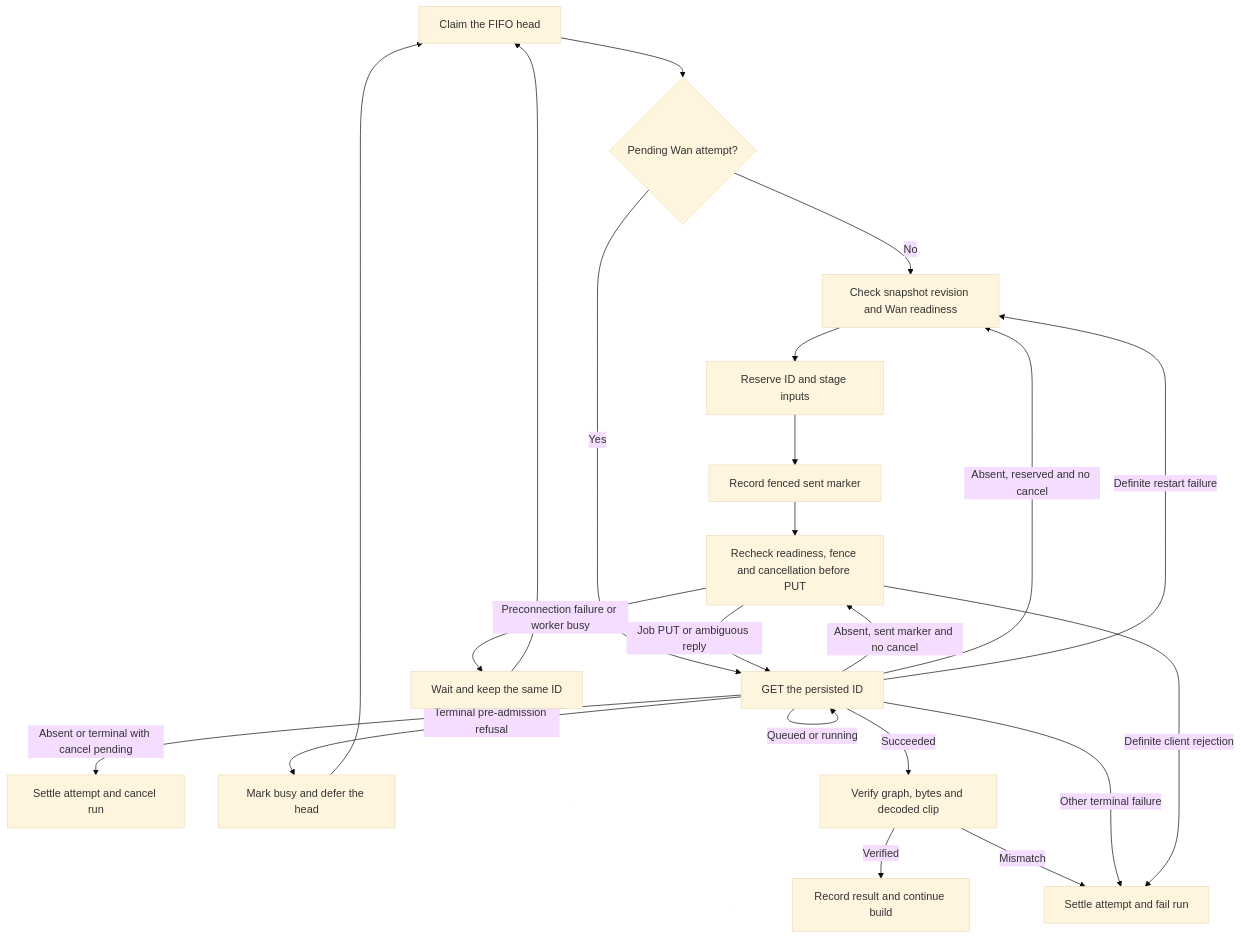
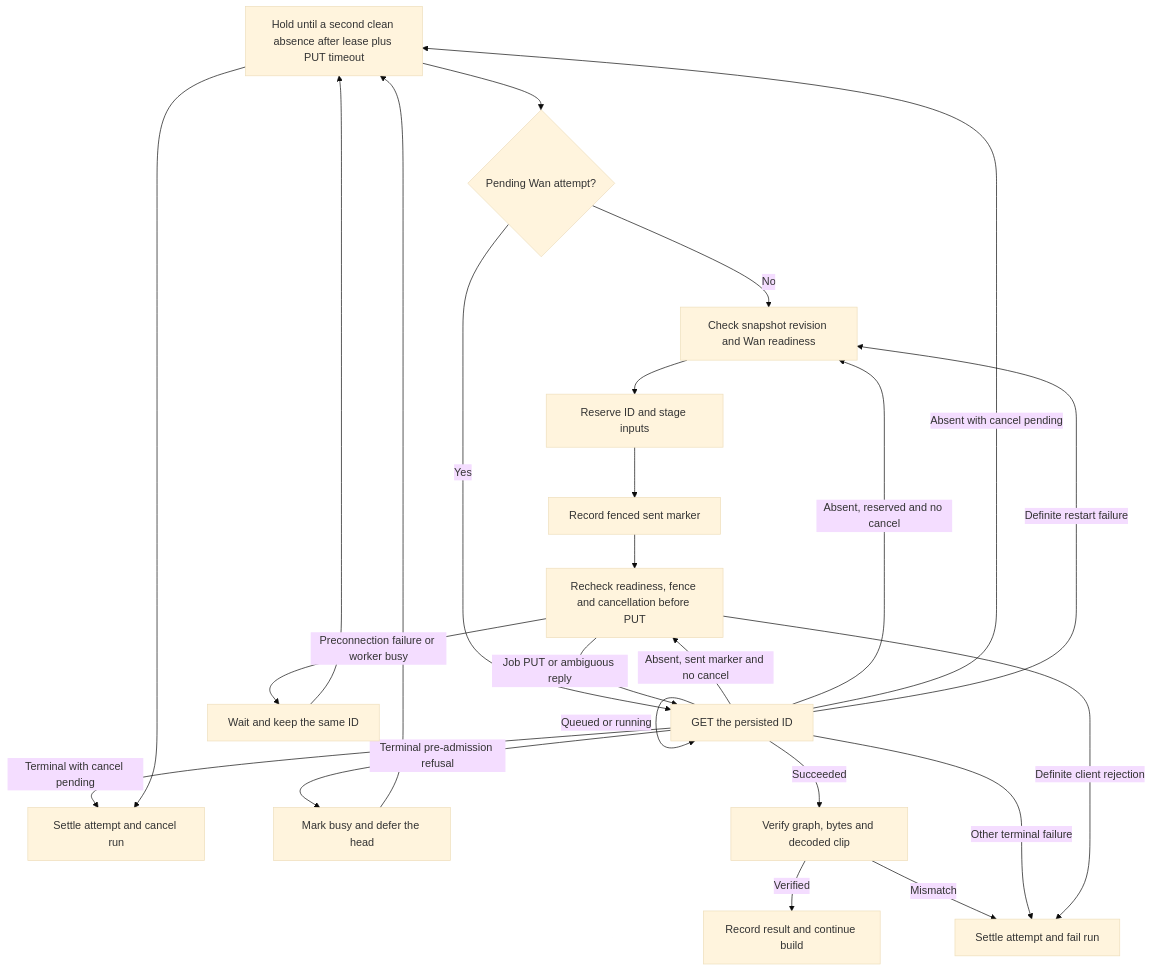
One commit to thaynes43/haynes-studio changed the second of 2 diagrams in docs/reference/run-queue.md. Above: the diagram before and after it, drawn with Mermaid (base theme). The commit also changed other lines of this file and 14 other files, not shown here.

````diff
--- a/docs/reference/run-queue.md
+++ b/docs/reference/run-queue.md
@@ -118,24 +123,26 @@
 ```mermaid
 flowchart TD
     A[Claim the FIFO head] --> B{Pending Wan attempt?}
     B -- No --> C[Check snapshot revision and Wan readiness]
     C --> R[Reserve ID and stage inputs]
     R --> S[Record fenced sent marker]
     S --> P[Recheck readiness, fence and cancellation before PUT]
     B -- Yes --> D[GET the persisted ID]
     P -->|Job PUT or ambiguous reply| D
     P -->|Preconnection failure or worker busy| W[Wait and keep the same ID]
     W --> A
     D -->|Absent, sent marker and no cancel| P
     D -->|Absent, reserved and no cancel| C
     D -->|Queued or running| D
-    D -->|Absent or terminal with cancel pending| X[Settle attempt and cancel run]
+    D -->|Terminal with cancel pending| X[Settle attempt and cancel run]
+    D -->|Absent with cancel pending| A[Hold until a second clean absence after lease plus PUT timeout]
+    A --> X
     D -->|Terminal pre-admission refusal| Y[Mark busy and defer the head]
     Y --> A
     D -->|Definite restart failure| C
     D -->|Succeeded| V[Verify graph, bytes and decoded clip]
     V -->|Verified| Z[Record result and continue build]
     V -->|Mismatch| F[Settle attempt and fail run]
     D -->|Other terminal failure| F
     P -->|Definite client rejection| F
 ```
````
